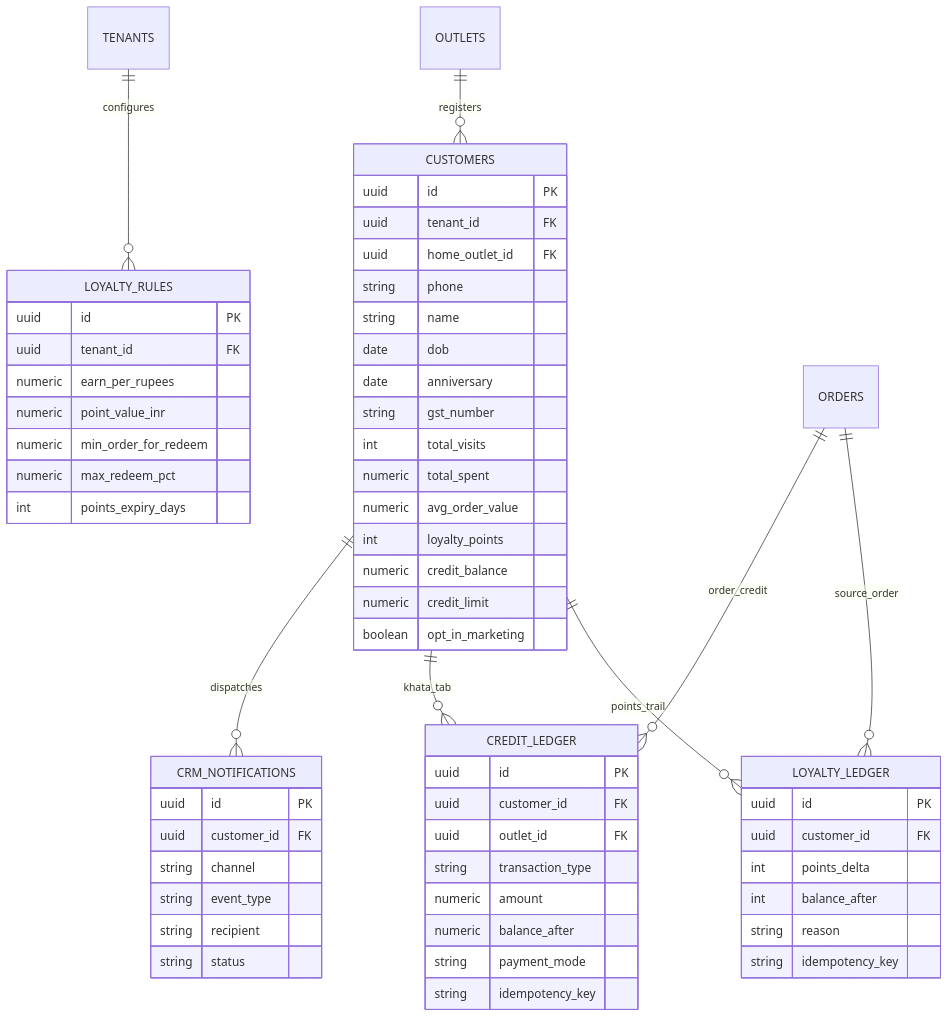
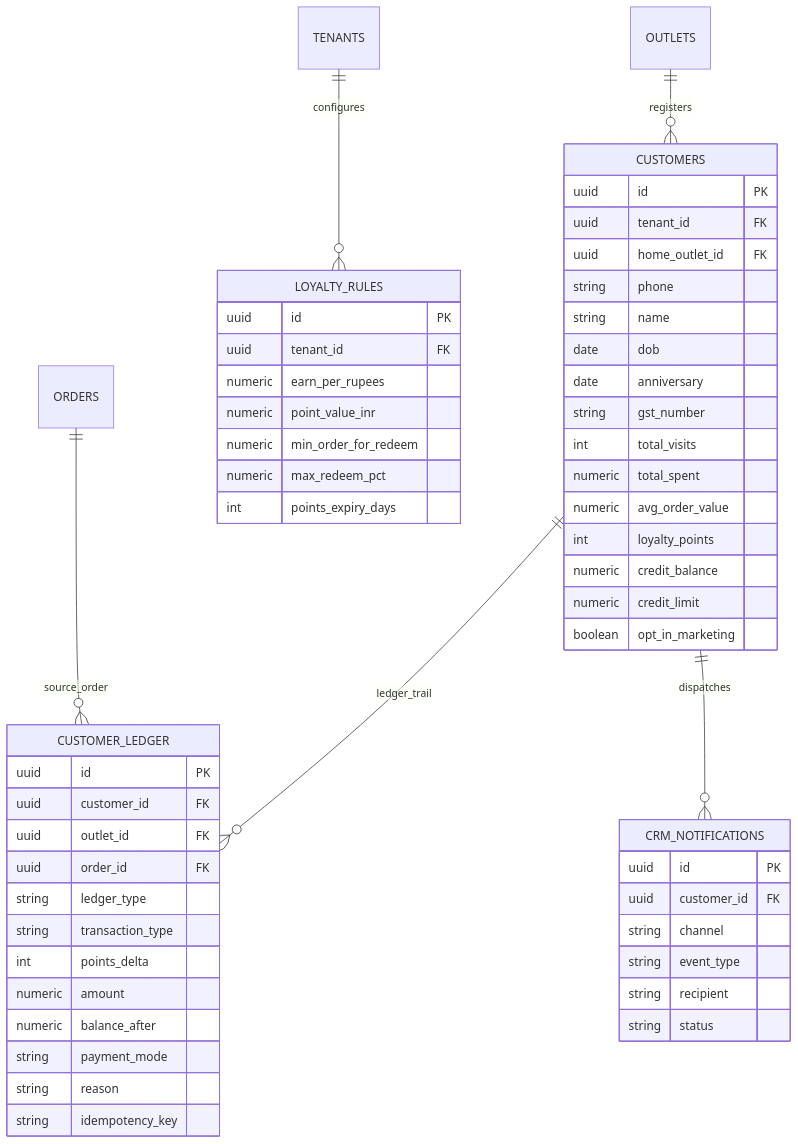
The eighth of 15 diagrams in README.md (naiyo-24/SirfBill_Backend_Restraunt), drawn with Mermaid before and after one commit. The commit also changed other lines of this file, not shown here.

Commit message:
docs(readme): update architecture, erds, and migrations for final consolidated schema

````diff
--- a/README.md
+++ b/README.md
@@ -554,67 +570,60 @@
 ```mermaid
 erDiagram
   OUTLETS ||--o{ CUSTOMERS : registers
   TENANTS ||--o{ LOYALTY_RULES : configures
-  CUSTOMERS ||--o{ LOYALTY_LEDGER : points_trail
-  CUSTOMERS ||--o{ CREDIT_LEDGER : khata_tab
+  CUSTOMERS ||--o{ CUSTOMER_LEDGER : ledger_trail
   CUSTOMERS ||--o{ CRM_NOTIFICATIONS : dispatches
-  ORDERS ||--o{ LOYALTY_LEDGER : source_order
-  ORDERS ||--o{ CREDIT_LEDGER : order_credit
+  ORDERS ||--o{ CUSTOMER_LEDGER : source_order
 
   CUSTOMERS {
     uuid id PK
     uuid tenant_id FK
     uuid home_outlet_id FK
     string phone
     string name
     date dob
     date anniversary
     string gst_number
     int total_visits
     numeric total_spent
     numeric avg_order_value
     int loyalty_points
     numeric credit_balance
     numeric credit_limit
     boolean opt_in_marketing
   }
 
   LOYALTY_RULES {
     uuid id PK
     uuid tenant_id FK
     numeric earn_per_rupees
     numeric point_value_inr
     numeric min_order_for_redeem
     numeric max_redeem_pct
     int points_expiry_days
   }
 
-  LOYALTY_LEDGER {
-    uuid id PK
-    uuid customer_id FK
-    int points_delta
-    int balance_after
-    string reason
-    string idempotency_key
-  }
-
-  CREDIT_LEDGER {
+  CUSTOMER_LEDGER {
     uuid id PK
     uuid customer_id FK
     uuid outlet_id FK
+    uuid order_id FK
+    string ledger_type
     string transaction_type
+    int points_delta
     numeric amount
     numeric balance_after
     string payment_mode
+    string reason
     string idempotency_key
   }
 
   CRM_NOTIFICATIONS {
     uuid id PK
     uuid customer_id FK
     string channel
     string event_type
     string recipient
     string status
   }
 ```
````
